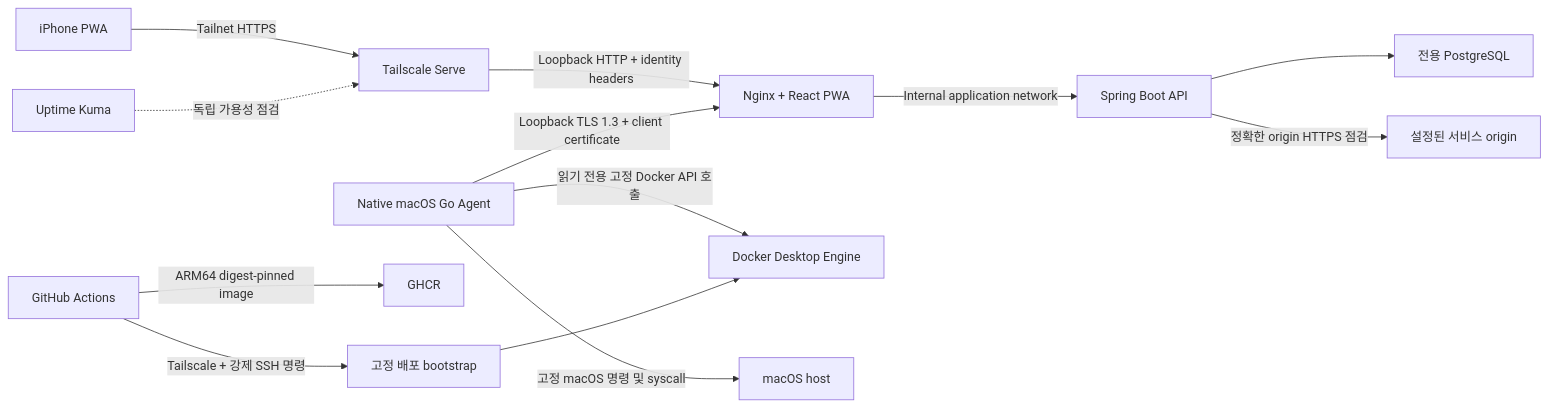
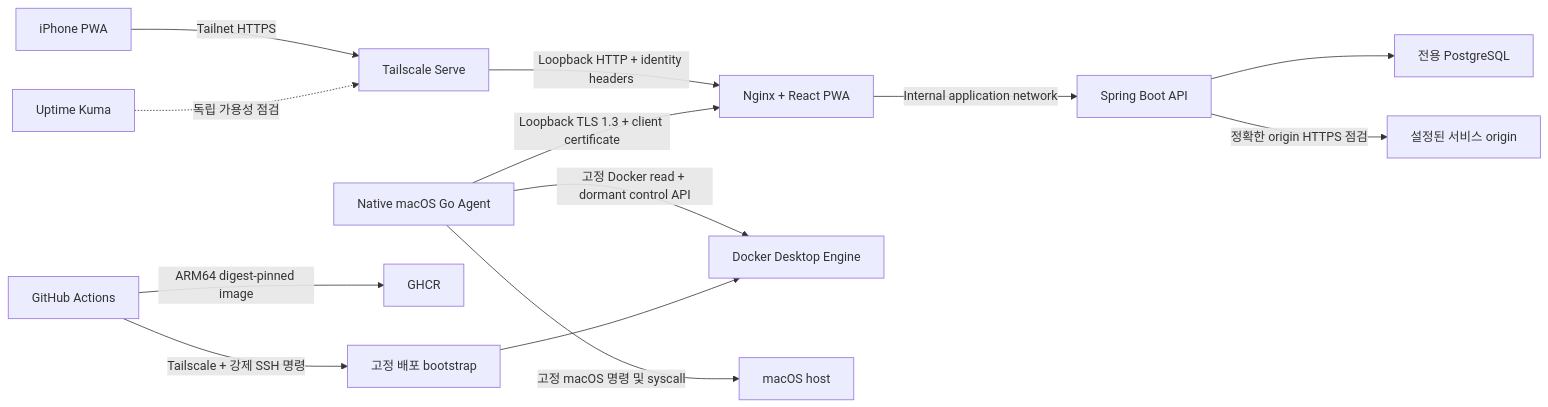
One commit to xxh3898/homeops changed the diagram in docs/architecture.md. Above: the diagram before and after it, drawn with Mermaid. The commit also changed other lines of this file and 36 other files, not shown here.

````diff
--- a/docs/architecture.md
+++ b/docs/architecture.md
@@ -11,15 +11,15 @@
 ```mermaid
 flowchart LR
     phone["iPhone PWA"] -->|"Tailnet HTTPS"| serve["Tailscale Serve"]
     serve -->|"Loopback HTTP + identity headers"| web["Nginx + React PWA"]
     web -->|"Internal application network"| api["Spring Boot API"]
     api --> db["전용 PostgreSQL"]
     api -->|"정확한 origin HTTPS 점검"| monitored["설정된 서비스 origin"]
     agent["Native macOS Go Agent"] -->|"Loopback TLS 1.3 + client certificate"| web
-    agent -->|"읽기 전용 고정 Docker API 호출"| docker["Docker Desktop Engine"]
+    agent -->|"고정 Docker read + dormant control API"| docker["Docker Desktop Engine"]
     agent -->|"고정 macOS 명령 및 syscall"| mac["macOS host"]
     actions["GitHub Actions"] -->|"ARM64 digest-pinned image"| ghcr["GHCR"]
     actions -->|"Tailscale + 강제 SSH 명령"| bootstrap["고정 배포 bootstrap"]
     bootstrap --> docker
     kuma["Uptime Kuma"] -.->|"독립 가용성 점검"| serve
 ```
````
